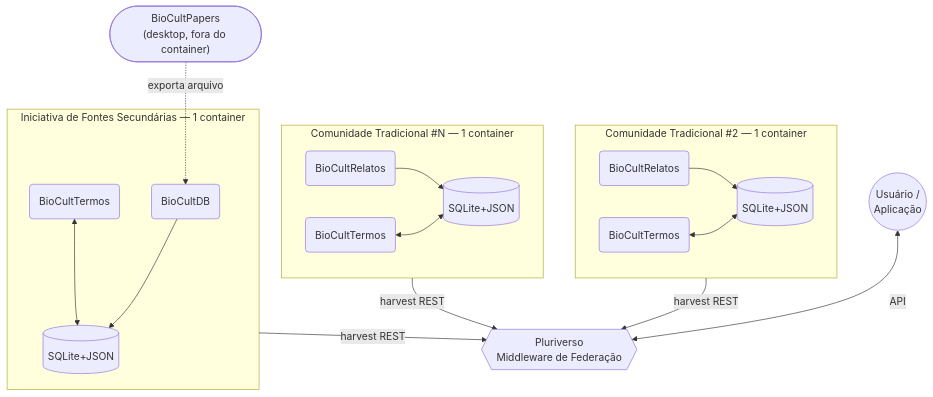
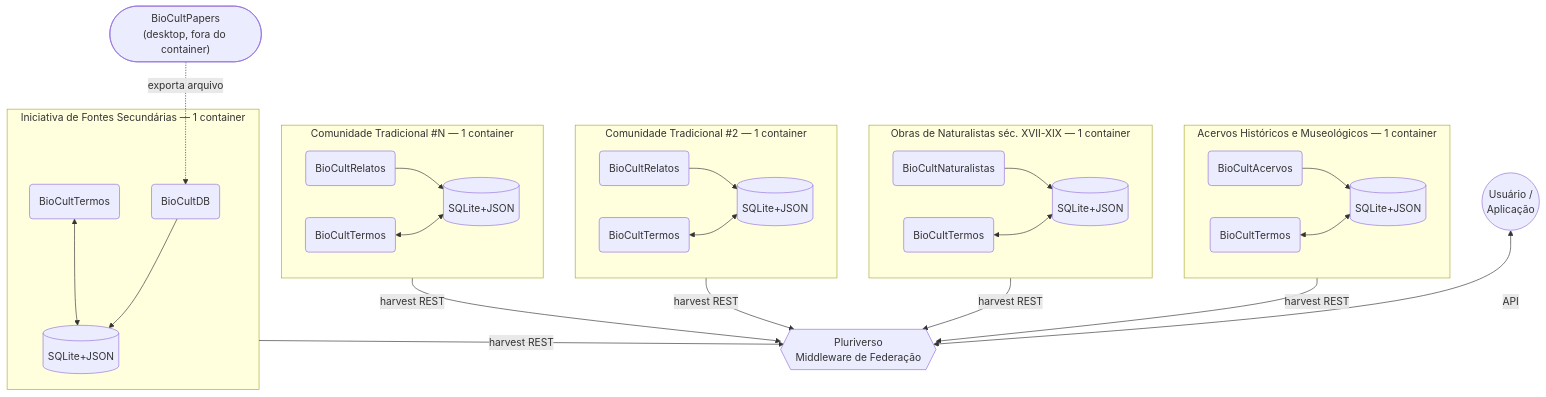
One commit to edalcin/Arquitetura-BioCultural changed the first of 2 diagrams in README.md. Above: the diagram before and after it, drawn with Mermaid. The commit also changed other lines of this file and 1 other file, not shown here.

````diff
--- a/README.md
+++ b/README.md
@@ -88,29 +63,41 @@
 ```mermaid
 graph TD
     I1P(["BioCultPapers\n(desktop, fora do container)"])
 
     subgraph I1["Iniciativa de Fontes Secundárias — 1 container"]
         I1A(BioCultDB) --> I1S[(SQLite+JSON)]
         I1C(BioCultTermos) <--> I1S
     end
 
     I1P -.->|"exporta arquivo"| I1A
+
+    subgraph AC["Acervos Históricos e Museológicos — 1 container"]
+        ACA(BioCultAcervos) --> ACS[(SQLite+JSON)]
+        ACB(BioCultTermos) <--> ACS
+    end
+
+    subgraph NA["Obras de Naturalistas séc. XVII-XIX — 1 container"]
+        NAA(BioCultNaturalistas) --> NAS[(SQLite+JSON)]
+        NAB(BioCultTermos) <--> NAS
+    end
 
     subgraph C2["Comunidade Tradicional #2 — 1 container"]
         C2A(BioCultRelatos) --> C2S[(SQLite+JSON)]
         C2B(BioCultTermos) <--> C2S
     end
 
     subgraph C3["Comunidade Tradicional #N — 1 container"]
         C3A(BioCultRelatos) --> C3S[(SQLite+JSON)]
         C3B(BioCultTermos) <--> C3S
     end
 
     PL{{"Pluriverso\nMiddleware de Federação"}}
     U((Usuário /\nAplicação))
 
     I1 -->|harvest REST| PL
+    AC -->|harvest REST| PL
+    NA -->|harvest REST| PL
     C2 -->|harvest REST| PL
     C3 -->|harvest REST| PL
     U <-->|API| PL
 ```
````
